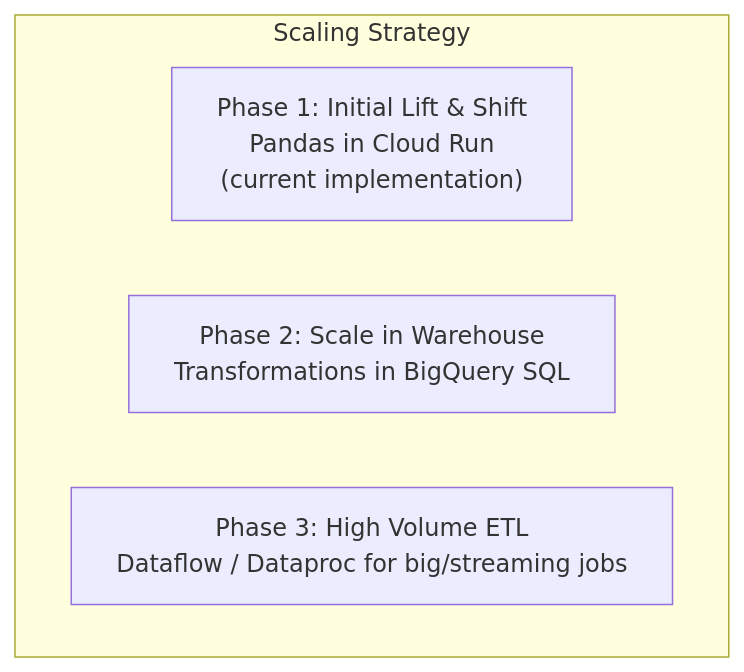
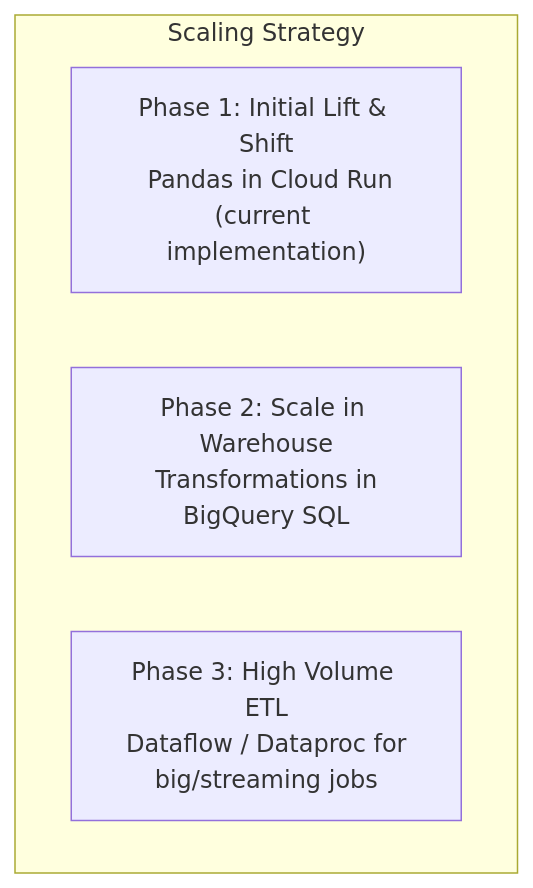
One commit to arthurlouieferrari-dot/supermarket-etl-gcp changed the diagram in scaling_strategy.md. Above: the diagram before and after it, drawn with Mermaid.

````diff
--- a/scaling_strategy.md
+++ b/scaling_strategy.md
@@ -1,8 +1,8 @@
 ```mermaid
 flowchart TB
     subgraph Scale [Scaling Strategy]
-        A["<span style='white-space:nowrap'>Phase 1: Initial Lift & Shift<br/> Pandas in Cloud Run<br/>(current implementation)"]
-        B["<span style='white-space:nowrap'>Phase 2: Scale in Warehouse<br/> Transformations in BigQuery SQL"]
-        C["<span style='white-space:nowrap'>Phase 3: High Volume ETL<br/> Dataflow / Dataproc for big/streaming jobs"]
+        A["Phase 1: Initial Lift & Shift<br/> Pandas in Cloud Run<br/>(current implementation)"]
+        B["Phase 2: Scale in Warehouse<br/> Transformations in BigQuery SQL"]
+        C["Phase 3: High Volume ETL<br/> Dataflow / Dataproc for big/streaming jobs"]
     end
 ```
````
